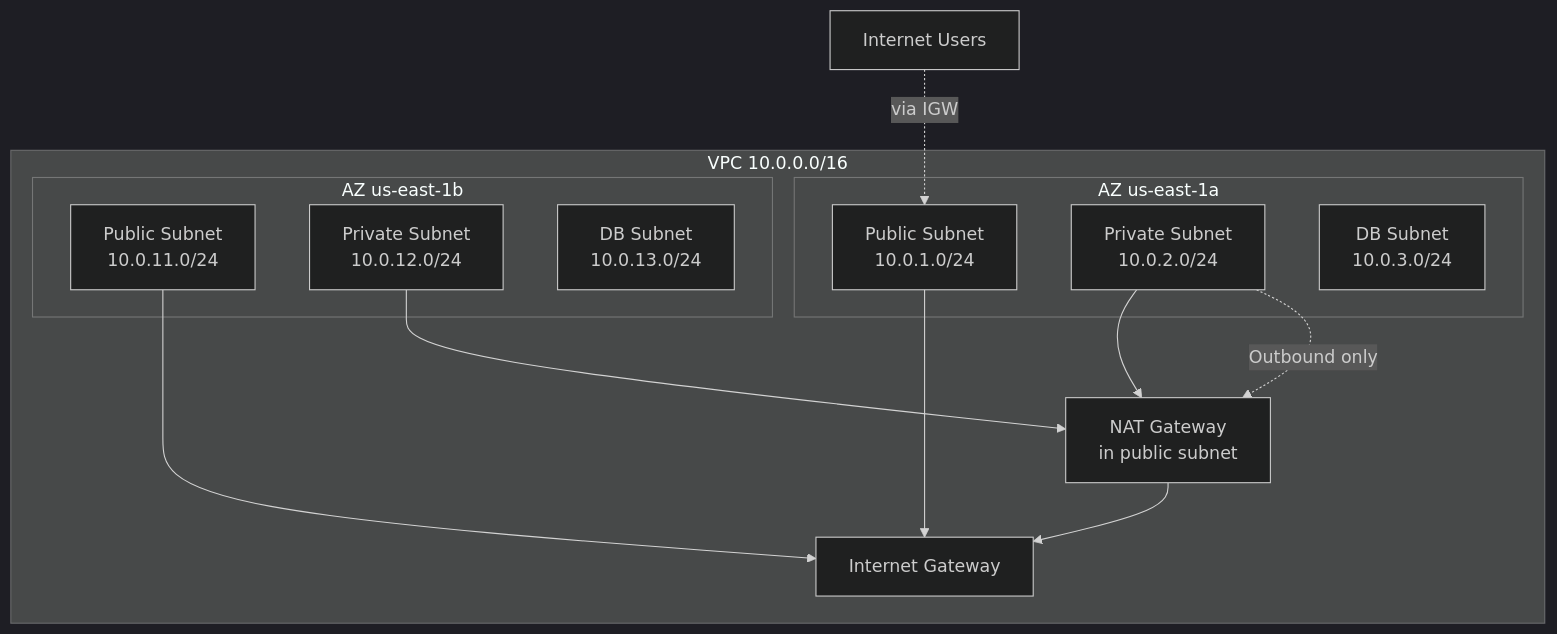
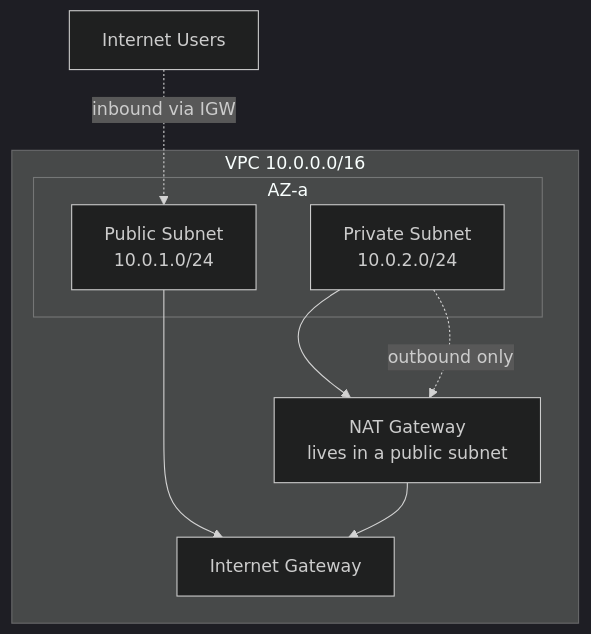
Before and after one commit to vijayclarion/architecturestudy: the first of 2 diagrams in AWS-SAP-C02-Study-Notes/02-Networking/01-vpc-fundamentals.md, drawn with Mermaid (dark theme). The commit also changed other lines of this file and 119 other files, not shown here.

````diff
--- a/AWS-SAP-C02-Study-Notes/02-Networking/01-vpc-fundamentals.md
+++ b/AWS-SAP-C02-Study-Notes/02-Networking/01-vpc-fundamentals.md
@@ -8,28 +98,18 @@
 ```mermaid
 flowchart TB
     subgraph VPC["VPC 10.0.0.0/16"]
         IGW[Internet Gateway]
-        NAT[NAT Gateway<br/>in public subnet]
-        
-        subgraph AZ1["AZ us-east-1a"]
+        NAT[NAT Gateway<br/>lives in a public subnet]
+
+        subgraph AZ1["AZ-a"]
             PUB1[Public Subnet<br/>10.0.1.0/24]
             PRIV1[Private Subnet<br/>10.0.2.0/24]
-            DB1[DB Subnet<br/>10.0.3.0/24]
         end
-        
-        subgraph AZ2["AZ us-east-1b"]
-            PUB2[Public Subnet<br/>10.0.11.0/24]
-            PRIV2[Private Subnet<br/>10.0.12.0/24]
-            DB2[DB Subnet<br/>10.0.13.0/24]
-        end
-        
+
         PUB1 --> IGW
-        PUB2 --> IGW
         PRIV1 --> NAT
-        PRIV2 --> NAT
         NAT --> IGW
     end
-    
-    USER[Internet Users] -.->|via IGW| PUB1
-    PRIV1 -.->|Outbound only| NAT
+    USER[Internet Users] -.->|inbound via IGW| PUB1
+    PRIV1 -.->|outbound only| NAT
 ```
````
